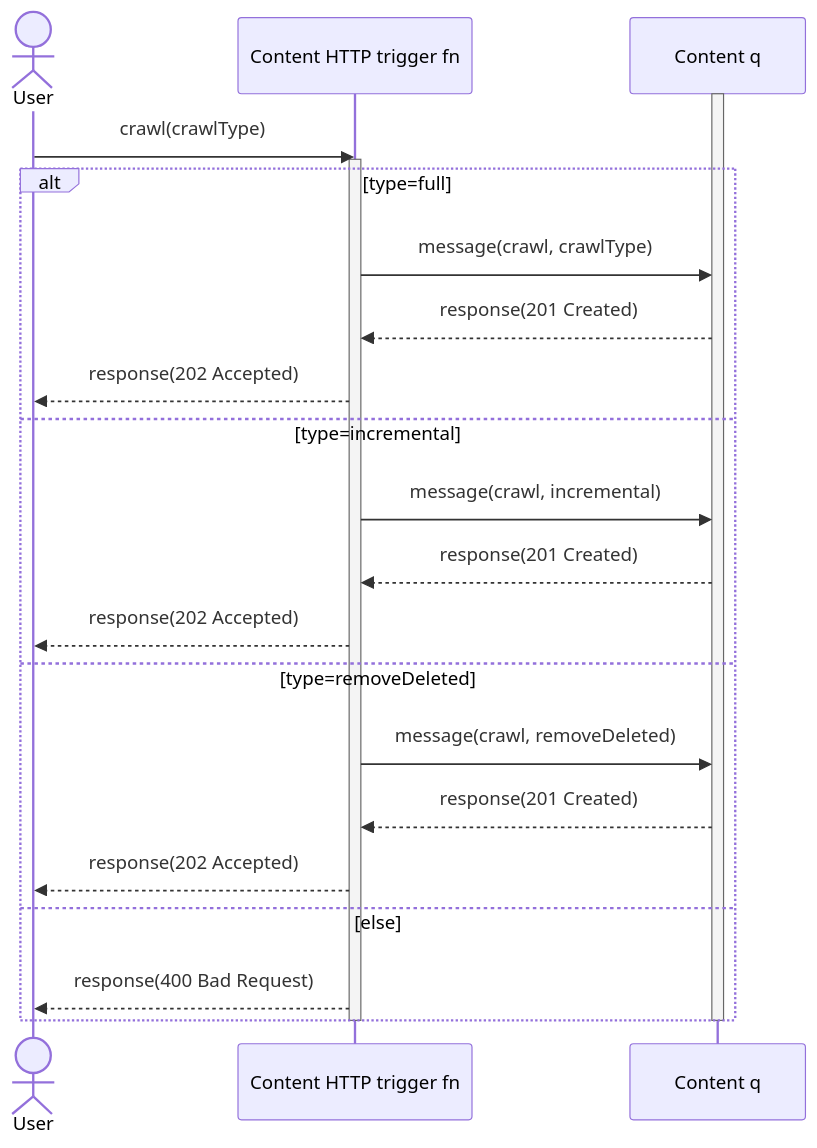
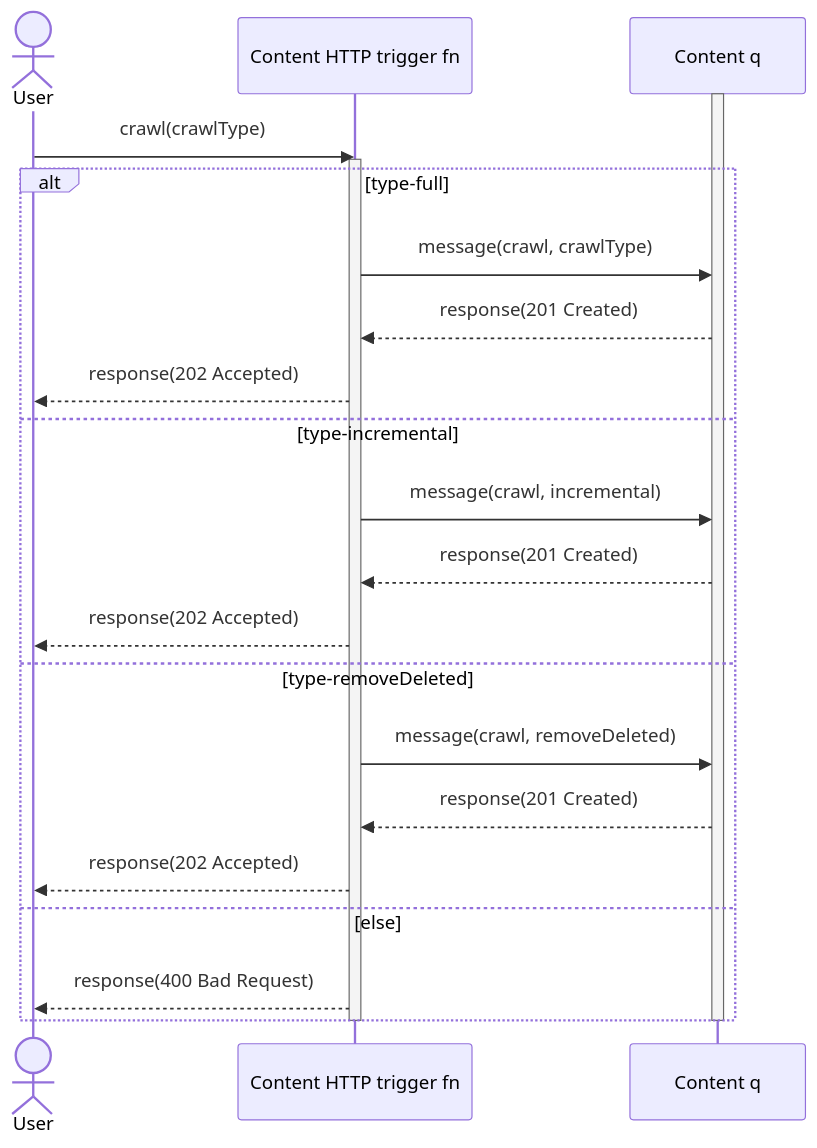
One commit to garrytrinder/food-catalog-graph-connector changed the sixth of 8 diagrams in readme.md. Above: the diagram before and after it, drawn with Mermaid. The commit also changed other lines of this file, not shown here.

````diff
--- a/readme.md
+++ b/readme.md
@@ -209,29 +254,29 @@
 ```mermaid
 sequenceDiagram
   actor User
   participant Content HTTP trigger fn
   participant Content q
   
   activate Content q
 
   User->>Content HTTP trigger fn:crawl(crawlType)
   activate Content HTTP trigger fn
-  alt type=full
+  alt type-full
     Content HTTP trigger fn->>Content q:message(crawl, crawlType)
     Content q-->>Content HTTP trigger fn:response(201 Created)
     Content HTTP trigger fn-->>User:response(202 Accepted)
-  else type=incremental
+  else type-incremental
     Content HTTP trigger fn->>Content q:message(crawl, incremental)
     Content q-->>Content HTTP trigger fn:response(201 Created)
     Content HTTP trigger fn-->>User:response(202 Accepted)
-  else type=removeDeleted
+  else type-removeDeleted
     Content HTTP trigger fn->>Content q:message(crawl, removeDeleted)
     Content q-->>Content HTTP trigger fn:response(201 Created)
     Content HTTP trigger fn-->>User:response(202 Accepted)
   else else
     Content HTTP trigger fn-->>User:response(400 Bad Request)  
   end
   deactivate Content HTTP trigger fn
   
   deactivate Content q
 ```
````
